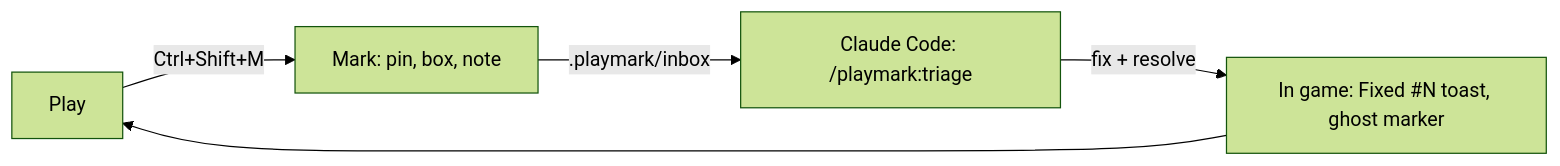
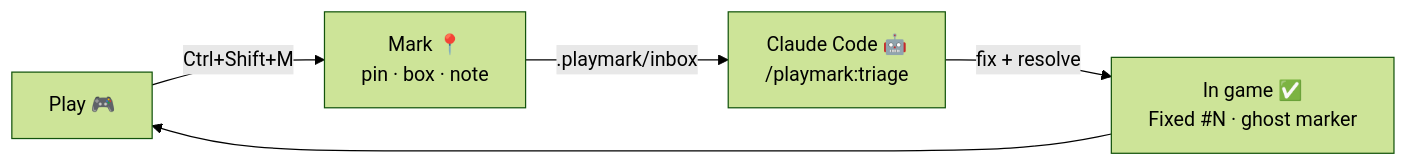
One commit to barmoshe/playmark changed the diagram in README.md. Above: the diagram before and after it, drawn with Mermaid (forest theme). The commit also changed other lines of this file and 15 other files, not shown here.

````diff
--- a/README.md
+++ b/README.md
@@ -34,7 +32,7 @@
 ```mermaid
 flowchart LR
-  A[Play] -->|Ctrl+Shift+M| B[Mark: pin, box, note]
-  B -->|.playmark/inbox| C[Claude Code: /playmark:triage]
-  C -->|fix + resolve| D[In game: Fixed #N toast, ghost marker]
+  A["Play 🎮"] -->|"Ctrl+Shift+M"| B["Mark 📍<br/>pin · box · note"]
+  B -->|".playmark/inbox"| C["Claude Code 🤖<br/>/playmark:triage"]
+  C -->|"fix + resolve"| D["In game ✅<br/>Fixed #N · ghost marker"]
   D --> A
 ```
````
